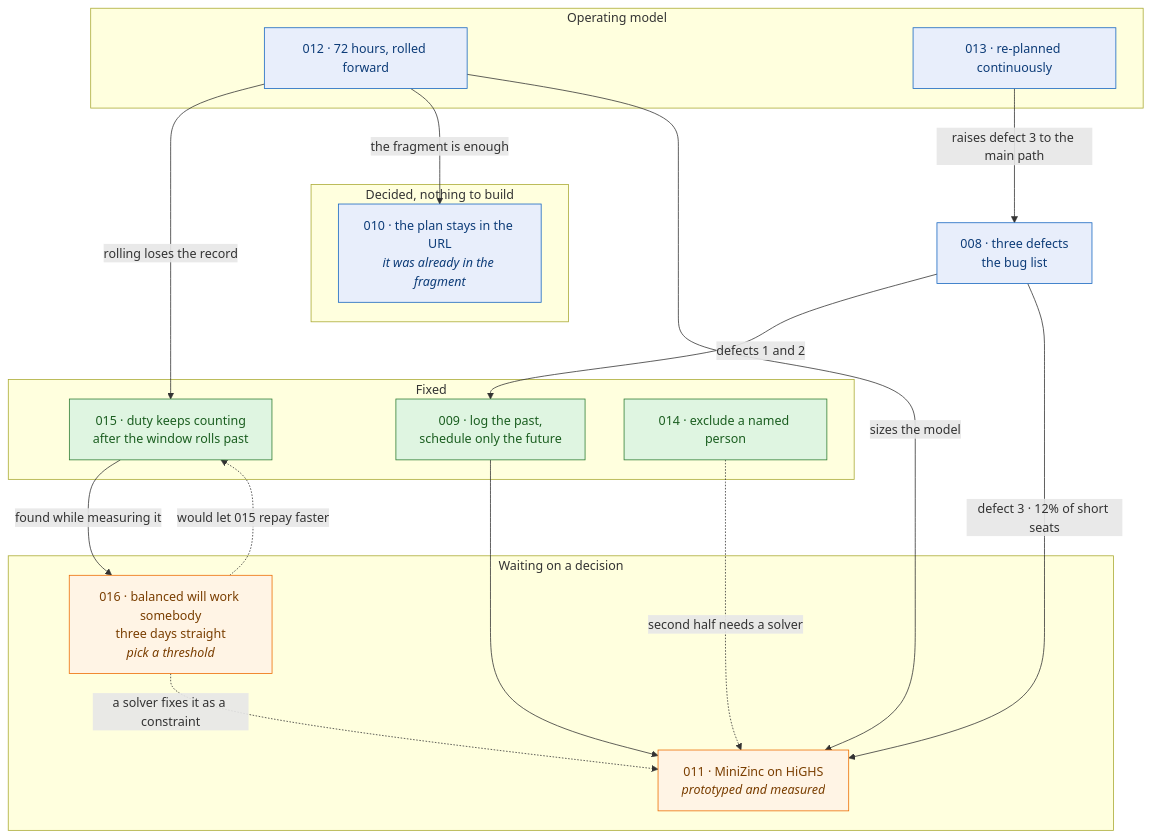
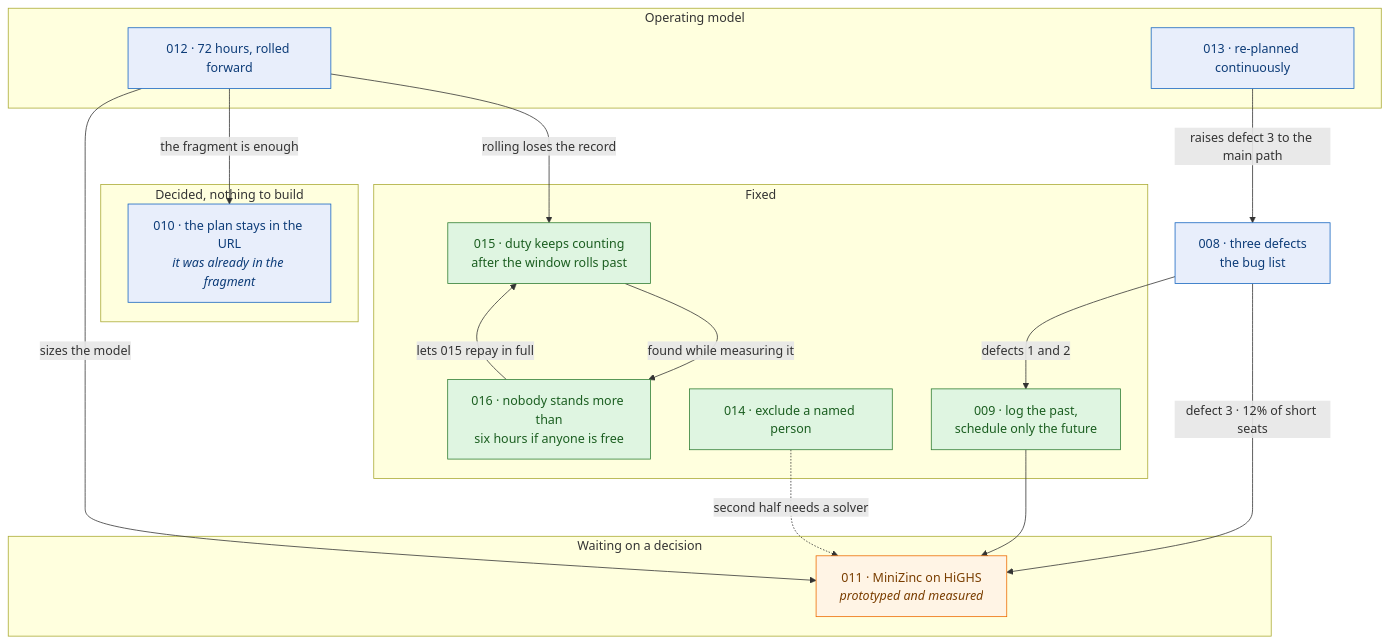
One commit to barakplasma/guard changed the diagram in docs/plans/README.md. Above: the diagram before and after it, drawn with Mermaid. The commit also changed other lines of this file and 8 other files, not shown here.

````diff
--- a/docs/plans/README.md
+++ b/docs/plans/README.md
@@ -29,43 +29,42 @@
 ```mermaid
 flowchart TB
     A008["008 · three defects<br/>the bug list"]
 
     subgraph fixed ["Fixed"]
         A009["009 · log the past,<br/>schedule only the future"]
         A015["015 · duty keeps counting<br/>after the window rolls past"]
         A014["014 · exclude a named person"]
+        A016["016 · nobody stands more than<br/>six hours if anyone is free"]
     end
 
     subgraph decided ["Decided, nothing to build"]
         A010["010 · the plan stays in the URL<br/><i>it was already in the fragment</i>"]
     end
 
     subgraph open ["Waiting on a decision"]
-        A016["016 · balanced will work somebody<br/>three days straight<br/><i>pick a threshold</i>"]
         A011["011 · MiniZinc on HiGHS<br/><i>prototyped and measured</i>"]
     end
 
     subgraph frame ["Operating model"]
         A012["012 · 72 hours, rolled forward"]
         A013["013 · re-planned continuously"]
     end
 
     A008 -- "defects 1 and 2" --> A009
     A008 -- "defect 3 · 12% of short seats" --> A011
     A012 -- "rolling loses the record" --> A015
     A013 -- "raises defect 3 to the main path" --> A008
     A012 -- "the fragment is enough" --> A010
     A012 -- "sizes the model" --> A011
     A009 --> A011
     A015 -- "found while measuring it" --> A016
-    A016 -. "would let 015 repay faster" .-> A015
+    A016 -- "lets 015 repay in full" --> A015
     A014 -. "second half needs a solver" .-> A011
-    A016 -. "a solver fixes it as a constraint" .-> A011
 
     classDef done fill:#dff5e1,stroke:#2e7d32,color:#1b5e20
     classDef todo fill:#fff4e5,stroke:#ed6c02,color:#7a3e00
     classDef info fill:#e8eefb,stroke:#1565c0,color:#0d3c78
-    class A009,A015,A014 done
-    class A016,A011 todo
+    class A009,A015,A014,A016 done
+    class A011 todo
     class A008,A010,A012,A013 info
 ```
````
